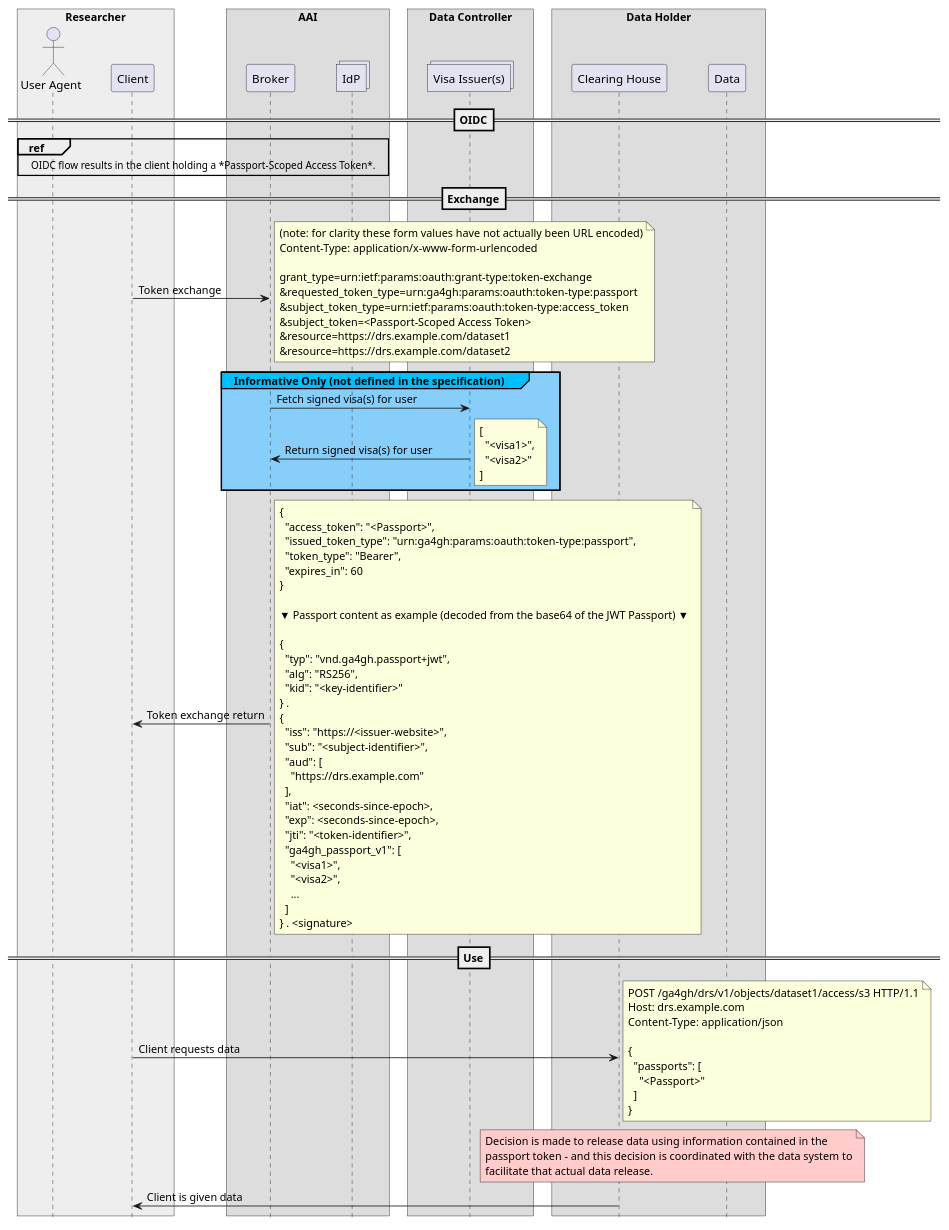
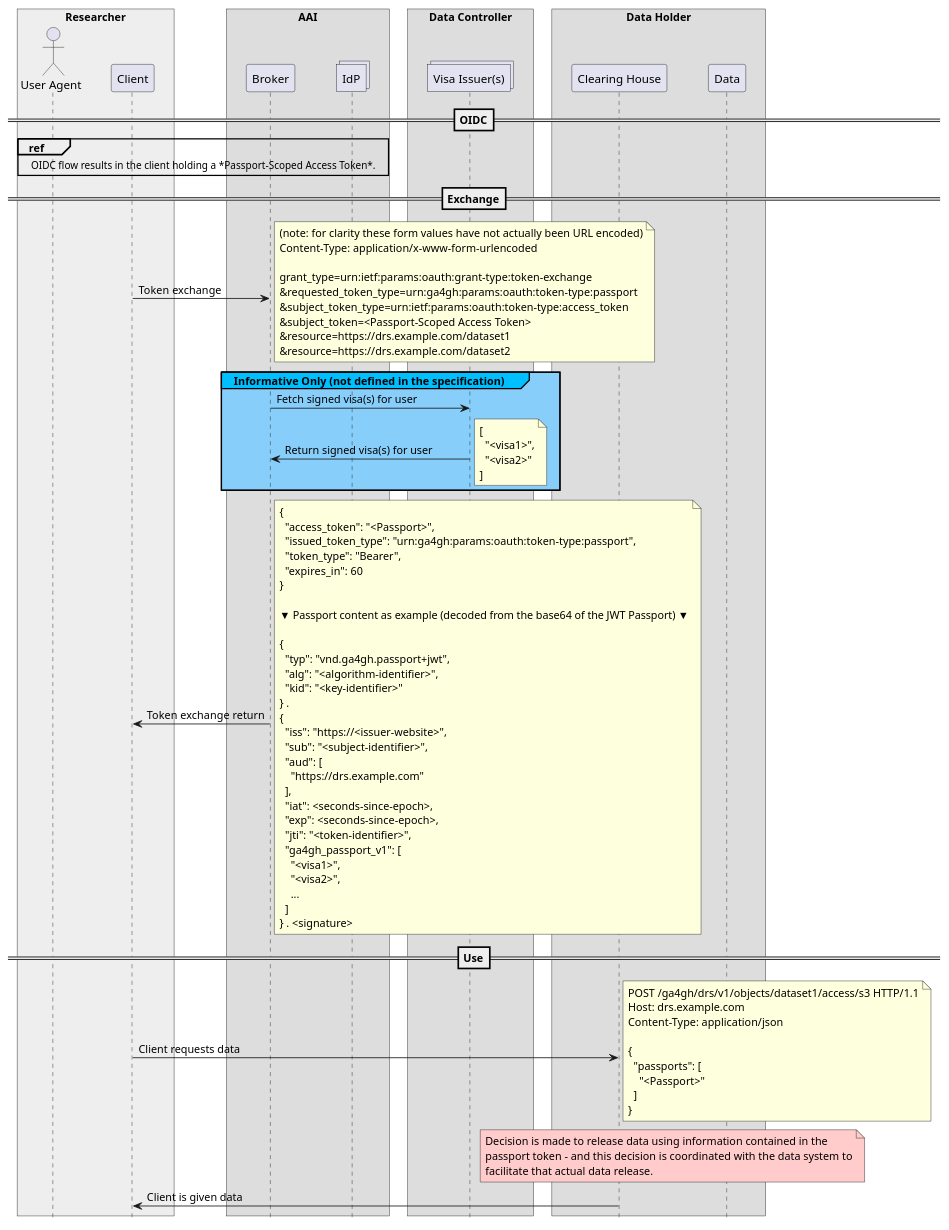
One commit to ga4gh/data-security changed the second of 4 diagrams in AAI/FAQ.md. Above: the diagram before and after it, drawn with PlantUML.

Commit message:
change from RS256 to <algorithm-identifier>

```diff
--- a/AAI/FAQ.md
+++ b/AAI/FAQ.md
@@ -136,7 +136,7 @@
 
 {
   "typ": "vnd.ga4gh.passport+jwt",
-  "alg": "RS256",
+  "alg": "<algorithm-identifier>",
   "kid": "<key-identifier>"
 } .
 {
```
